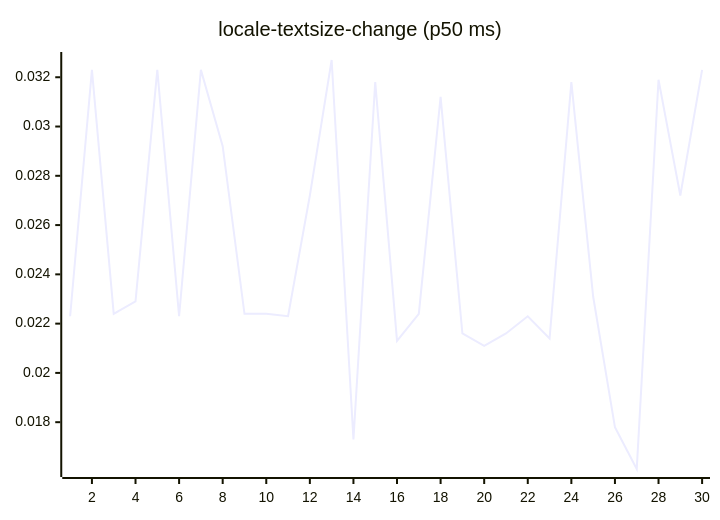
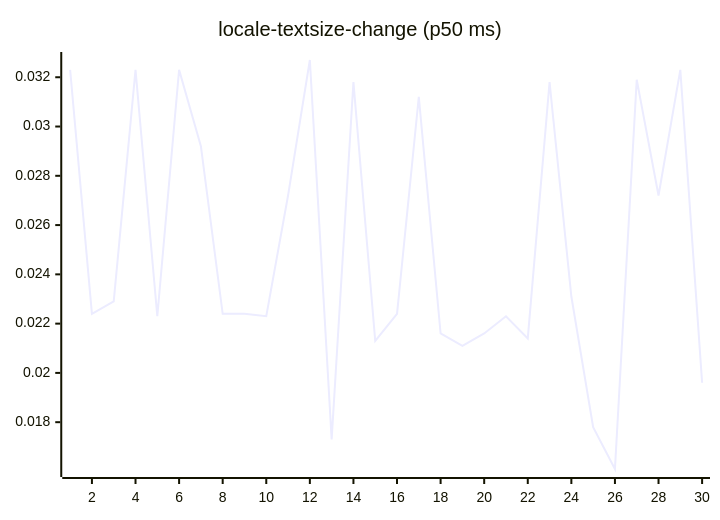
Diagram 13 of 27 in README.md (josha/Facet), drawn with Mermaid before and after one commit. The commit also changed other lines of this file and 2 other files, not shown here.

````diff
--- a/README.md
+++ b/README.md
@@ -147,6 +147,6 @@
 ```mermaid
 xychart-beta
     title "locale-textsize-change (p50 ms)"
     x-axis 1 --> 30
-    line [0.0223, 0.0323, 0.0224, 0.0229, 0.0323, 0.0223, 0.0323, 0.0292, 0.0224, 0.0224, 0.0223, 0.0272, 0.0327, 0.0173, 0.0318, 0.0213, 0.0224, 0.0312, 0.0216, 0.0211, 0.0216, 0.0223, 0.0214, 0.0318, 0.0231, 0.0178, 0.0161, 0.0319, 0.0272, 0.0323]
+    line [0.0323, 0.0224, 0.0229, 0.0323, 0.0223, 0.0323, 0.0292, 0.0224, 0.0224, 0.0223, 0.0272, 0.0327, 0.0173, 0.0318, 0.0213, 0.0224, 0.0312, 0.0216, 0.0211, 0.0216, 0.0223, 0.0214, 0.0318, 0.0231, 0.0178, 0.0161, 0.0319, 0.0272, 0.0323, 0.0196]
 ```
````
